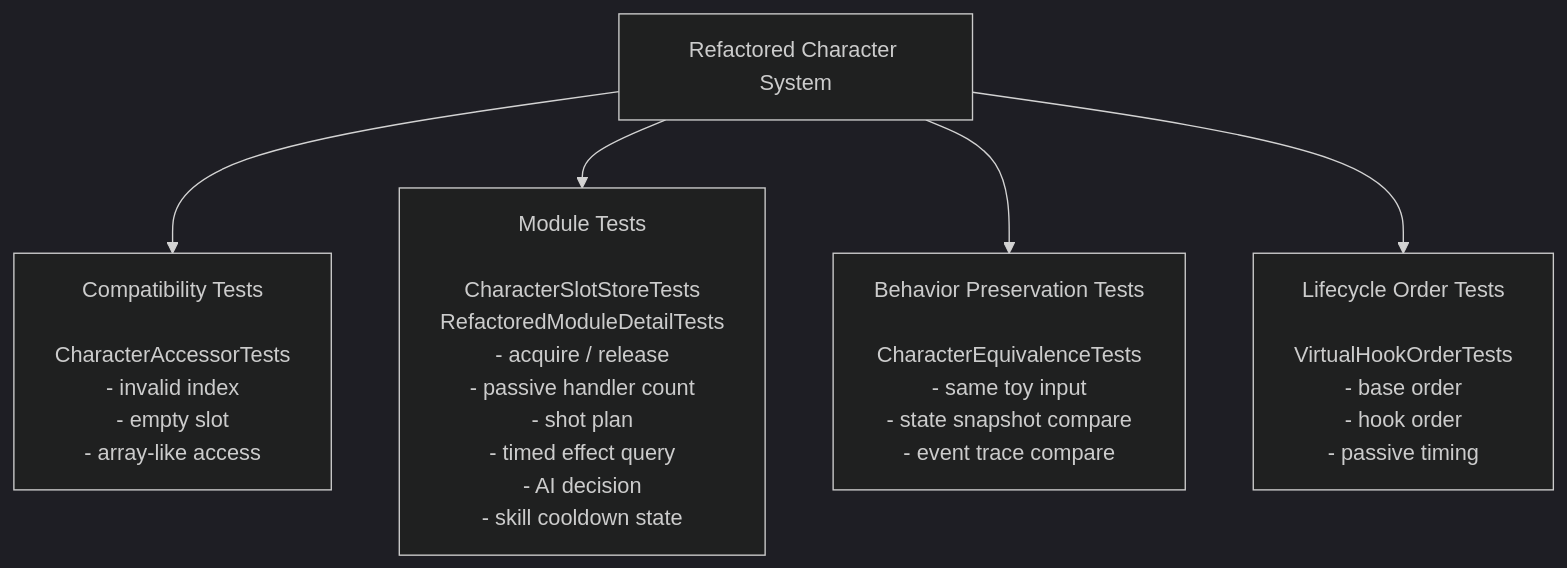
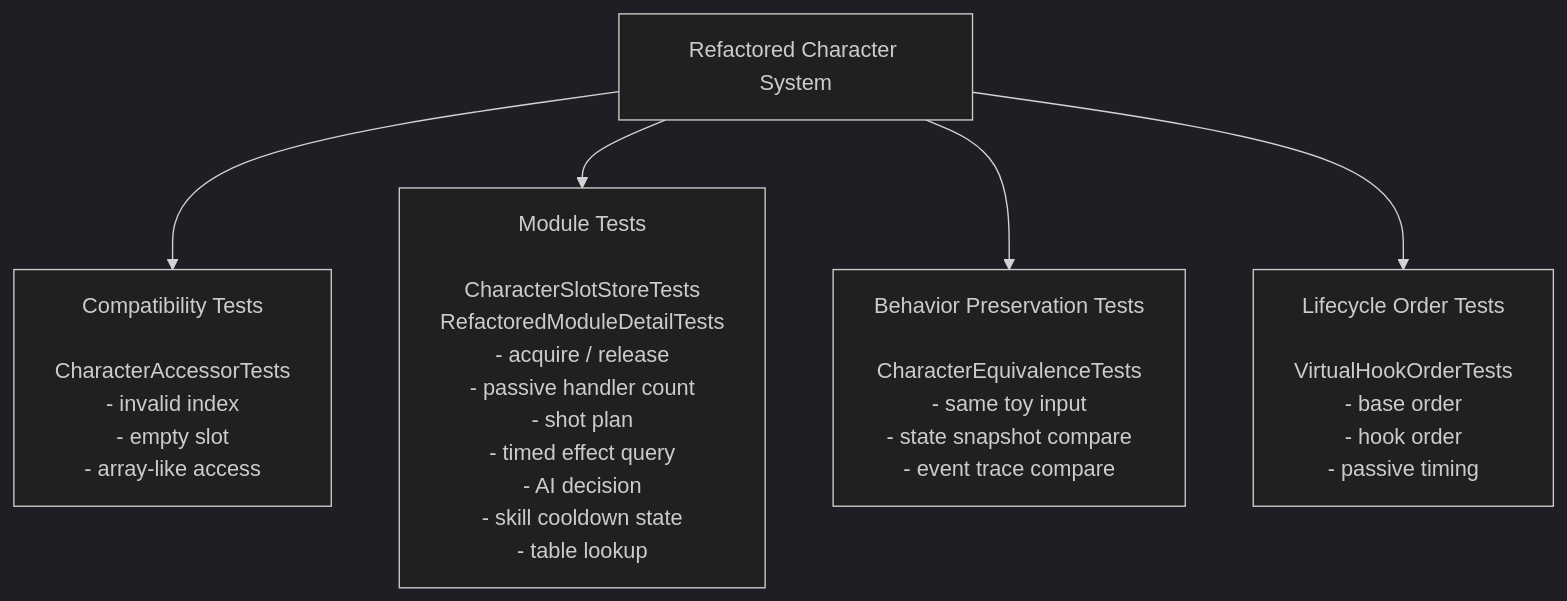
One commit to Temistry/legacy-character-refactor changed the diagram in docs/03_architecture_overview.md. Above: the diagram before and after it, drawn with Mermaid (dark theme). The commit also changed other lines of this file and 9 other files, not shown here.

````diff
--- a/docs/03_architecture_overview.md
+++ b/docs/03_architecture_overview.md
@@ -113,14 +149,14 @@
 ```mermaid
 flowchart TB
     Refactored["Refactored Character System"]
 
     Compatibility["Compatibility Tests\n\nCharacterAccessorTests\n- invalid index\n- empty slot\n- array-like access"]
-    Module["Module Tests\n\nCharacterSlotStoreTests\nRefactoredModuleDetailTests\n- acquire / release\n- passive handler count\n- shot plan\n- timed effect query\n- AI decision\n- skill cooldown state"]
+    Module["Module Tests\n\nCharacterSlotStoreTests\nRefactoredModuleDetailTests\n- acquire / release\n- passive handler count\n- shot plan\n- timed effect query\n- AI decision\n- skill cooldown state\n- table lookup"]
     Behavior["Behavior Preservation Tests\n\nCharacterEquivalenceTests\n- same toy input\n- state snapshot compare\n- event trace compare"]
     Lifecycle["Lifecycle Order Tests\n\nVirtualHookOrderTests\n- base order\n- hook order\n- passive timing"]
 
     Refactored --> Compatibility
     Refactored --> Module
     Refactored --> Behavior
     Refactored --> Lifecycle
 ```
````
